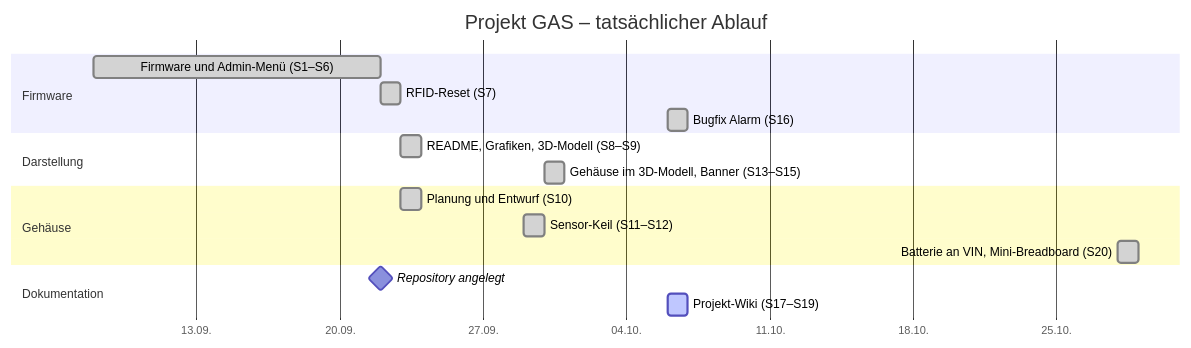
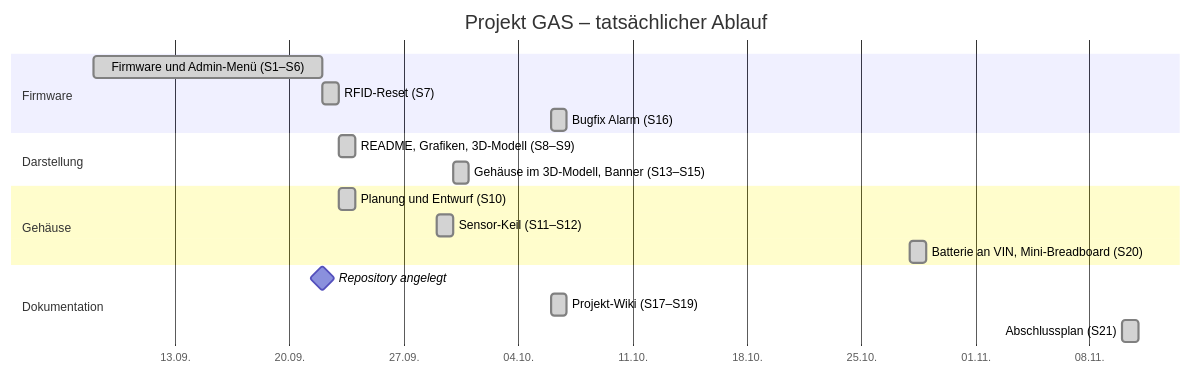
The diagram in wiki/Zeitplan.md (BBZ-AIFS51/LF7-Projekt_GAS), drawn with Mermaid before and after one commit. The commit also changed 4 other files, not shown here.

````diff
--- a/wiki/Zeitplan.md
+++ b/wiki/Zeitplan.md
@@ -30,26 +30,27 @@
 ```mermaid
 gantt
     title Projekt GAS – tatsächlicher Ablauf
     dateFormat YYYY-MM-DD
     axisFormat %d.%m.
     tickInterval 1week
     todayMarker off
 
     section Firmware
     Firmware und Admin-Menü (S1–S6)     :done, 2026-09-08, 2026-09-22
     RFID-Reset (S7)                     :done, 2026-09-22, 1d
     Bugfix Alarm (S16)                  :done, 2026-10-06, 1d
 
     section Darstellung
     README, Grafiken, 3D-Modell (S8–S9) :done, 2026-09-23, 1d
     Gehäuse im 3D-Modell, Banner (S13–S15) :done, 2026-09-30, 1d
 
     section Gehäuse
     Planung und Entwurf (S10)           :done, 2026-09-23, 1d
     Sensor-Keil (S11–S12)               :done, 2026-09-29, 1d
     Batterie an VIN, Mini-Breadboard (S20) :done, 2026-10-28, 1d
 
     section Dokumentation
     Repository angelegt                 :milestone, 2026-09-22, 0d
-    Projekt-Wiki (S17–S19)              :active, 2026-10-06, 1d
+    Projekt-Wiki (S17–S19)              :done, 2026-10-06, 1d
+    Abschlussplan (S21)                 :done, 2026-11-10, 1d
 ```
````
